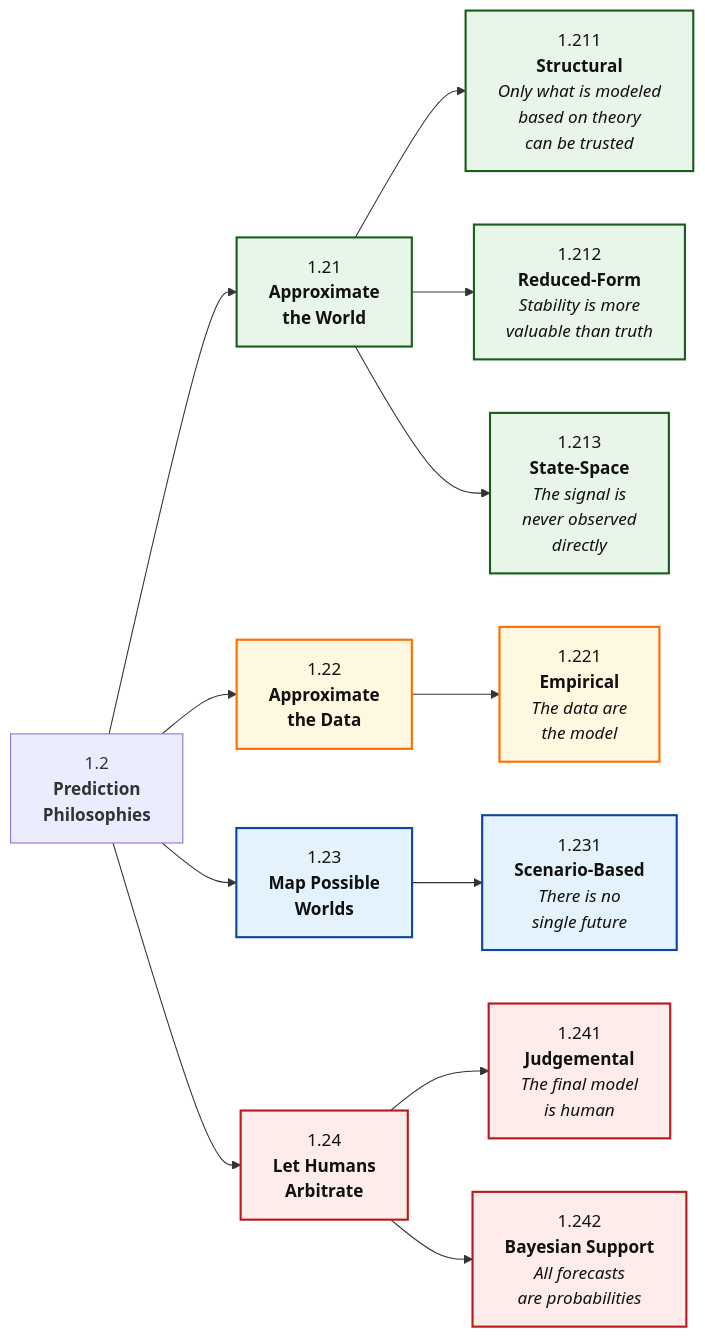
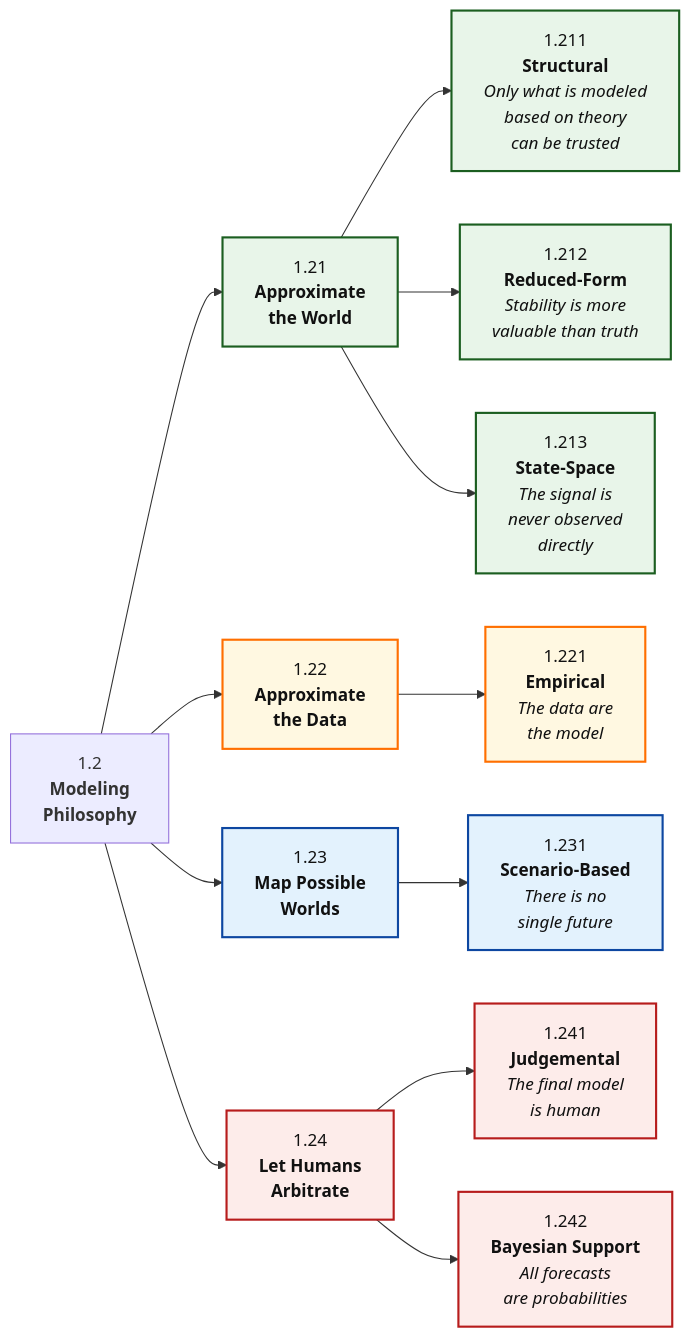
Before and after one commit to Tellusant/docs: the diagram in articles-posts/predictive-model-evaluation-framework.md, drawn with Mermaid. The commit also changed other lines of this file, not shown here.

```diff
--- a/articles-posts/predictive-model-evaluation-framework.md
+++ b/articles-posts/predictive-model-evaluation-framework.md
@@ -25,42 +25,42 @@
 <div class="mermaid">
   
 flowchart LR
 
 %% ========= NODES =========
-P["`1.2<br/>**Prediction**<br/>**Philosophies**`"]:::none
+P["`1.2<br/>**Modeling**<br/>**Philosophy**`"]:::none
 
 AW["`1.21<br/>**Approximate<br/>the World**`"]:::strong
 AD["`1.22<br/>**Approximate<br/>the Data**`"]:::mixed
 PW["`1.23<br/>**Map Possible<br/>Worlds**`"]:::neutral
 HA["`1.24<br/>**Let Humans<br/>Arbitrate**`"]:::risk
 
 STR["`1.211<br/>**Structural**<br/>*Only what is modeled<br/>based on theory<br/>can be trusted*`"]:::strong
 RED["`1.212<br/>**Reduced-Form**<br/>*Stability is more<br/>valuable than truth*`"]:::strong
 STA["`1.213<br/>**State-Space**<br/>*The signal is<br/>never observed<br/>directly*`"]:::strong
 EMP["`1.221<br/>**Empirical**<br/>*The data are<br/>the model*`"]:::mixed
 SCE["`1.231<br/>**Scenario-Based**<br/>*There is no<br/>single future*`"]:::neutral
 JUD["`1.241<br/>**Judgemental**<br/>*The final model<br/>is human*`"]:::risk
 BAY["`1.242<br/>**Bayesian Support**<br/>*All forecasts<br/>are probabilities*`"]:::risk
 
 %% ========= RELATIONSHIPS =========
 P --> AW
 P --> AD
 P --> PW
 P --> HA
 AW --> STR
 AW --> RED
 AW --> STA
 AD --> EMP
 PW --> SCE
 HA --> JUD
 HA --> BAY
 
 %% ========= STYLES =========
 classDef strong  fill:#E8F5E9,stroke:#1B5E20,stroke-width:2px,color:#111;
 classDef neutral fill:#E3F2FD,stroke:#0D47A1,stroke-width:2px,color:#111;
 classDef mixed   fill:#FFF8E1,stroke:#FF6F00,stroke-width:2px,color:#111;
 classDef risk    fill:#FDECEA,stroke:#B71C1C,stroke-width:2px,color:#111;
 classDef summary fill:#F5F5F5,stroke:#424242,stroke-width:2px,color:#111;
 classDef anchor fill:transparent,stroke:transparent;
 
 </div>
```
